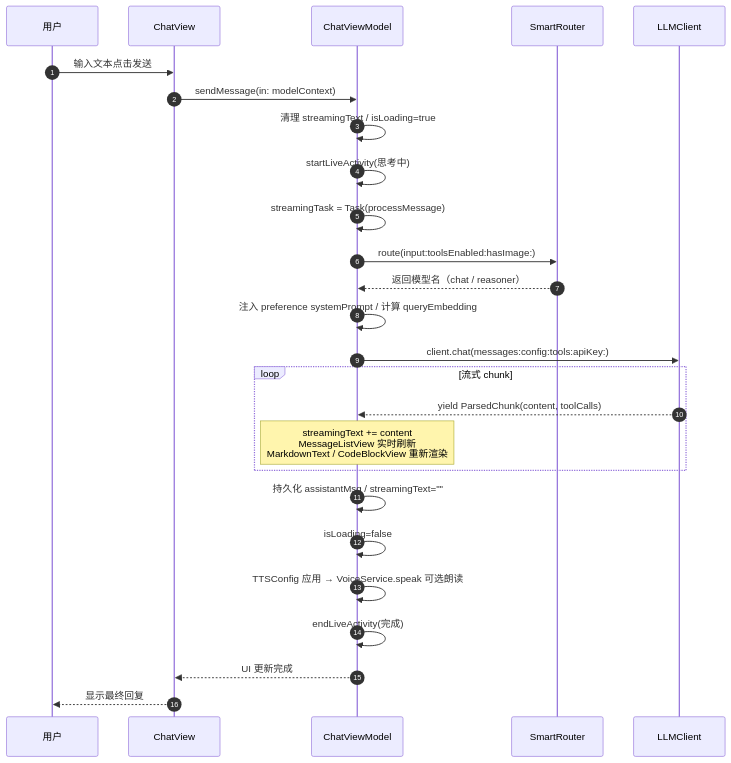
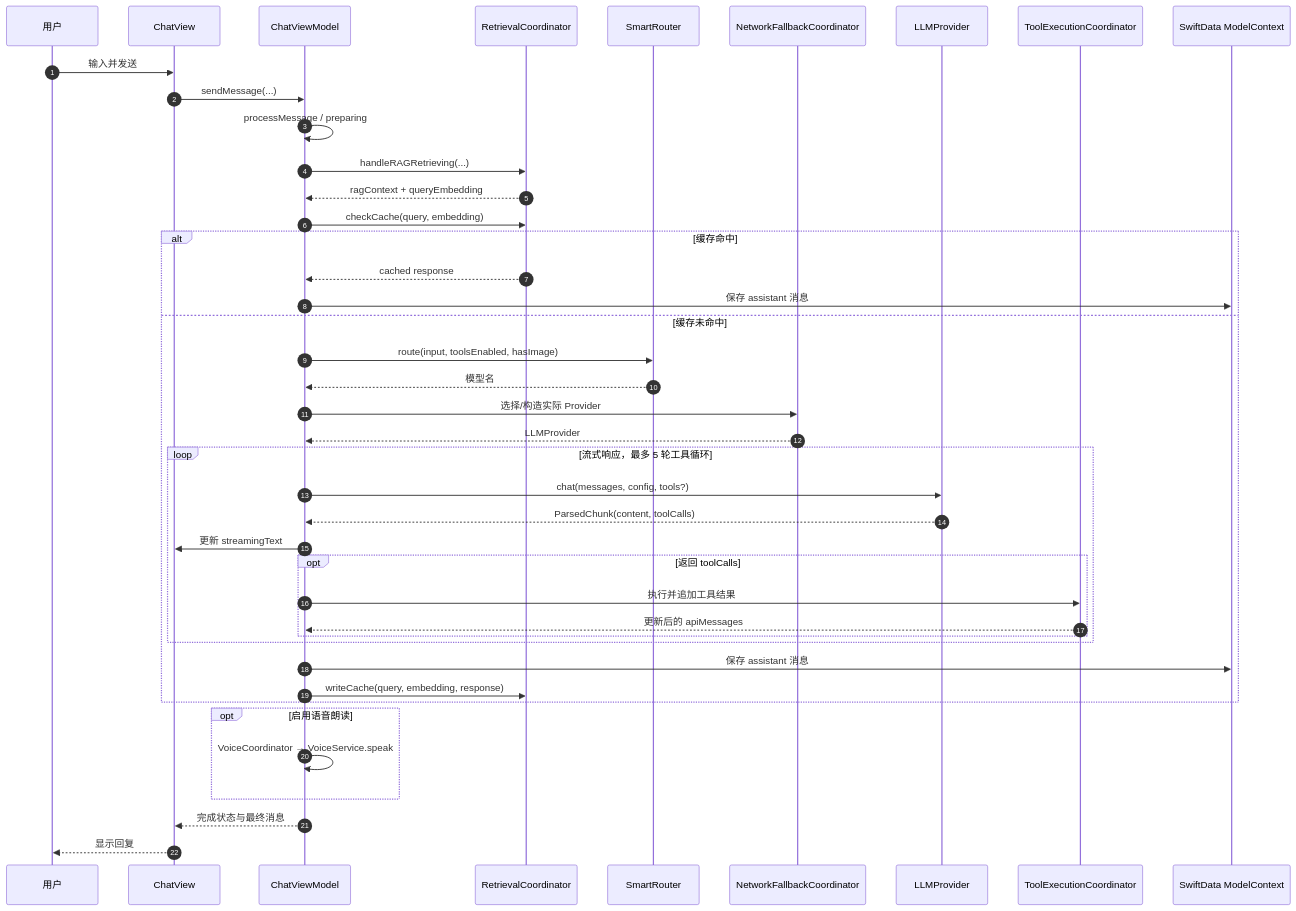
One commit to luosicx/Aether changed diagram 12 of 21 in doc/ARCHITECTURE.md. Above: the diagram before and after it, drawn with Mermaid. The commit also changed other lines of this file and 65 other files, not shown here.

````diff
--- a/doc/ARCHITECTURE.md
+++ b/doc/ARCHITECTURE.md
@@ -1196,31 +1137,45 @@
 ```mermaid
 sequenceDiagram
     autonumber
     participant U as 用户
     participant V as ChatView
     participant VM as ChatViewModel
+    participant RC as RetrievalCoordinator
     participant SR as SmartRouter
-    participant LC as LLMClient
+    participant NF as NetworkFallbackCoordinator
+    participant LLM as LLMProvider
+    participant TEC as ToolExecutionCoordinator
+    participant DB as SwiftData ModelContext
 
-    U->>V: 输入文本点击发送
-    V->>VM: sendMessage(in: modelContext)
-    VM->>VM: 清理 streamingText / isLoading=true
-    VM->>VM: startLiveActivity(思考中)
-    VM->>VM: streamingTask = Task(processMessage)
-    VM->>SR: route(input:toolsEnabled:hasImage:)
-    SR-->>VM: 返回模型名（chat / reasoner）
-    VM->>VM: 注入 preference systemPrompt / 计算 queryEmbedding
-    VM->>LC: client.chat(messages:config:tools:apiKey:)
-
-    loop 流式 chunk
-        LC-->>VM: yield ParsedChunk(content, toolCalls)
-        Note over VM: streamingText += content<br/>MessageListView 实时刷新<br/>MarkdownText / CodeBlockView 重新渲染
+    U->>V: 输入并发送
+    V->>VM: sendMessage(...)
+    VM->>VM: processMessage / preparing
+    VM->>RC: handleRAGRetrieving(...)
+    RC-->>VM: ragContext + queryEmbedding
+    VM->>RC: checkCache(query, embedding)
+    alt 缓存命中
+        RC-->>VM: cached response
+        VM->>DB: 保存 assistant 消息
+    else 缓存未命中
+        VM->>SR: route(input, toolsEnabled, hasImage)
+        SR-->>VM: 模型名
+        VM->>NF: 选择/构造实际 Provider
+        NF-->>VM: LLMProvider
+        loop 流式响应，最多 5 轮工具循环
+            VM->>LLM: chat(messages, config, tools?)
+            LLM-->>VM: ParsedChunk(content, toolCalls)
+            VM->>V: 更新 streamingText
+            opt 返回 toolCalls
+                VM->>TEC: 执行并追加工具结果
+                TEC-->>VM: 更新后的 apiMessages
+            end
+        end
+        VM->>DB: 保存 assistant 消息
+        VM->>RC: writeCache(query, embedding, response)
     end
-
-    VM->>VM: 持久化 assistantMsg / streamingText=""
-    VM->>VM: isLoading=false
-    VM->>VM: TTSConfig 应用 → VoiceService.speak 可选朗读
-    VM->>VM: endLiveActivity(完成)
-    VM-->>V: UI 更新完成
-    V-->>U: 显示最终回复
+    opt 启用语音朗读
+        VM->>VM: VoiceCoordinator → VoiceService.speak
+    end
+    VM-->>V: 完成状态与最终消息
+    V-->>U: 显示回复
 ```
````
